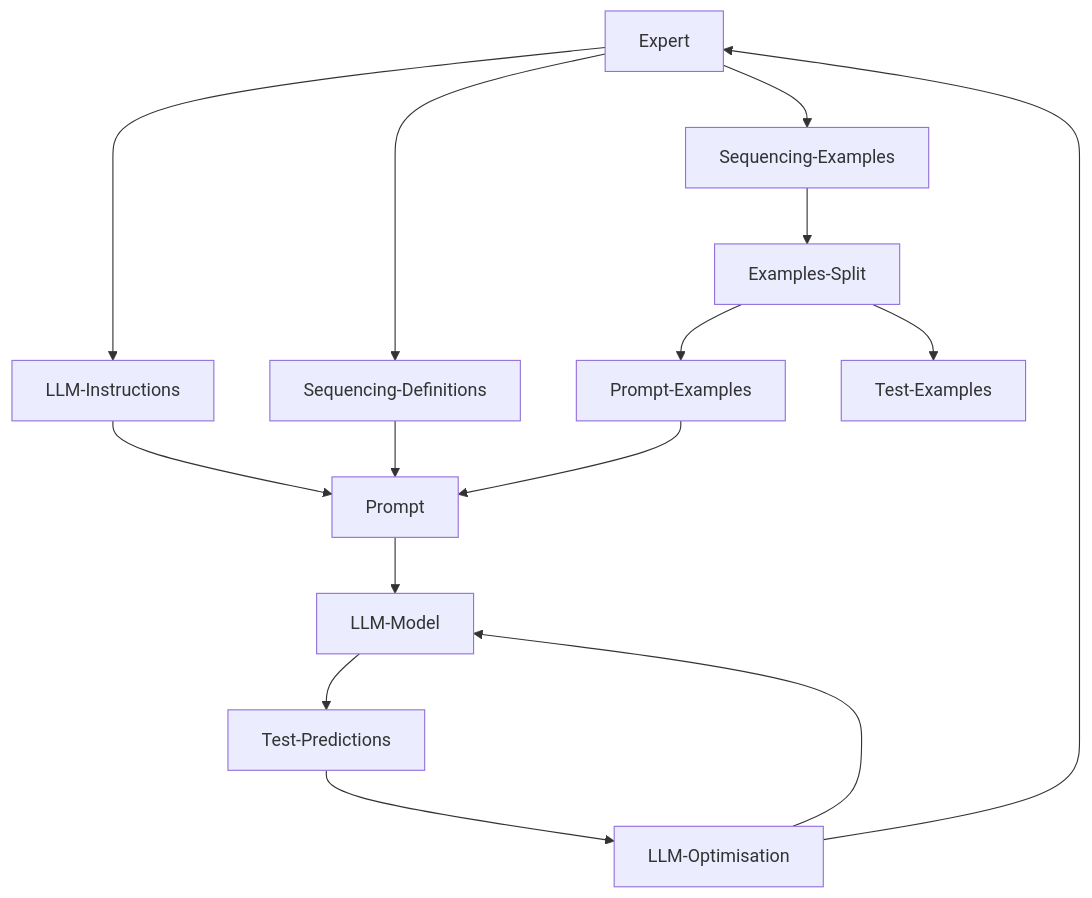
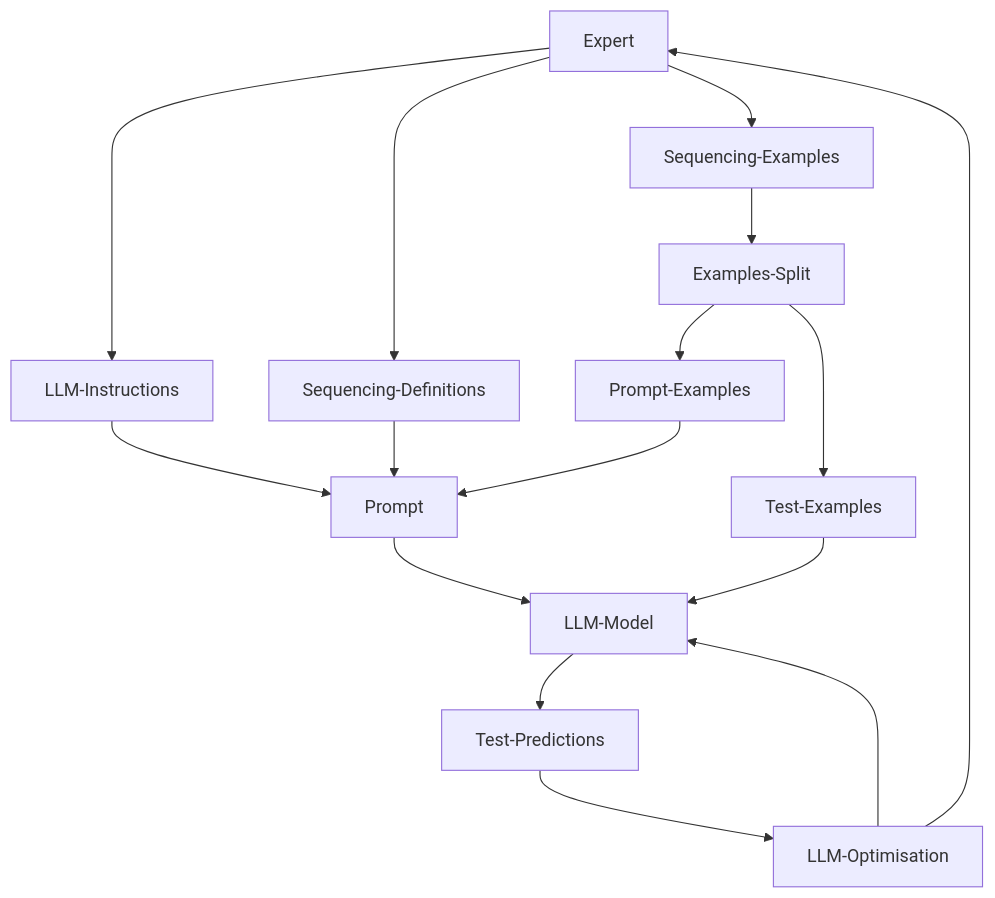
Before and after one commit to Sydney-Informatics-Hub/LLM-LCT-sequencing: the first of 2 diagrams in README.md, drawn with Mermaid.

Commit message:
Update dev graph

````diff
--- a/README.md
+++ b/README.md
@@ -18,21 +18,22 @@
 ```mermaid
 graph TD
 
 
 Expert --> LLM-Instructions
 Expert --> Sequencing-Definitions
 Expert --> Sequencing-Examples
 Sequencing-Examples --> Examples-Split
 Examples-Split --> Prompt-Examples
 Examples-Split --> Test-Examples
+Test-Examples --> LLM-Model
 Prompt-Examples --> Prompt
 LLM-Instructions --> Prompt
 Sequencing-Definitions --> Prompt
 Prompt --> LLM-Model
 LLM-Model --> Test-Predictions
 Test-Predictions --> LLM-Optimisation
 LLM-Optimisation --> Expert
 LLM-Optimisation --> LLM-Model
 
 
 ```
````
